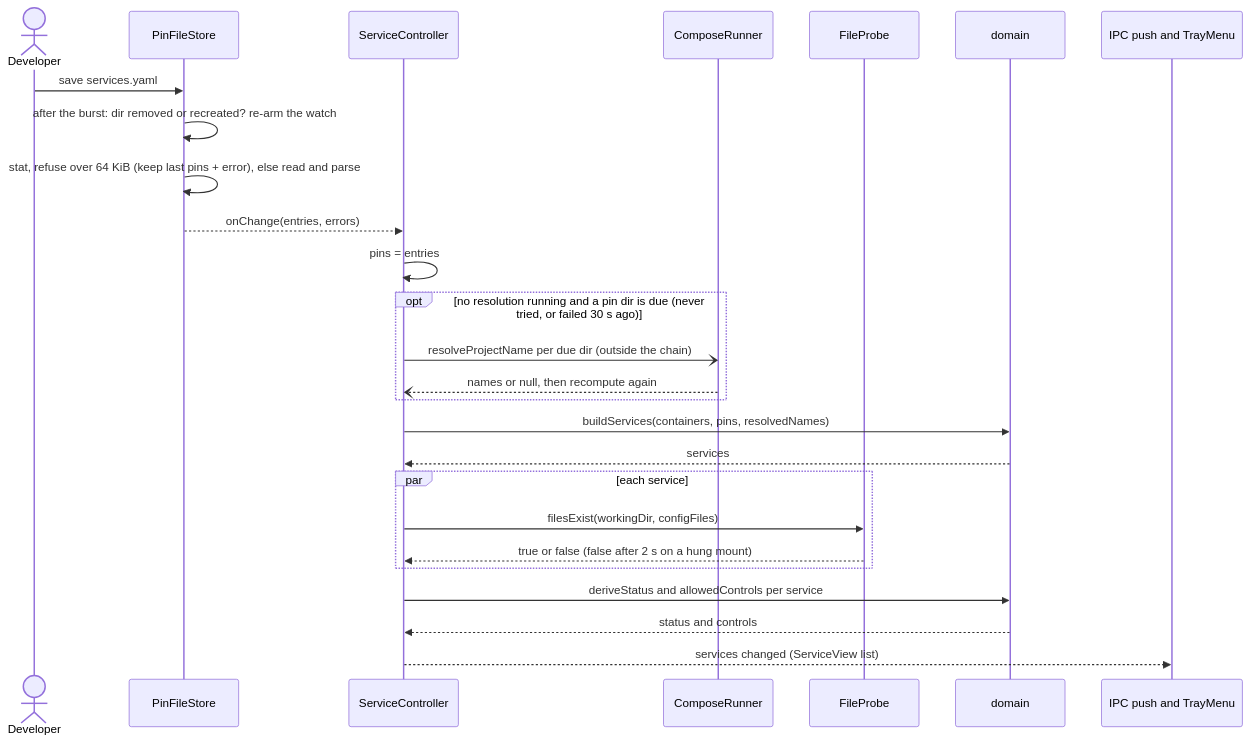
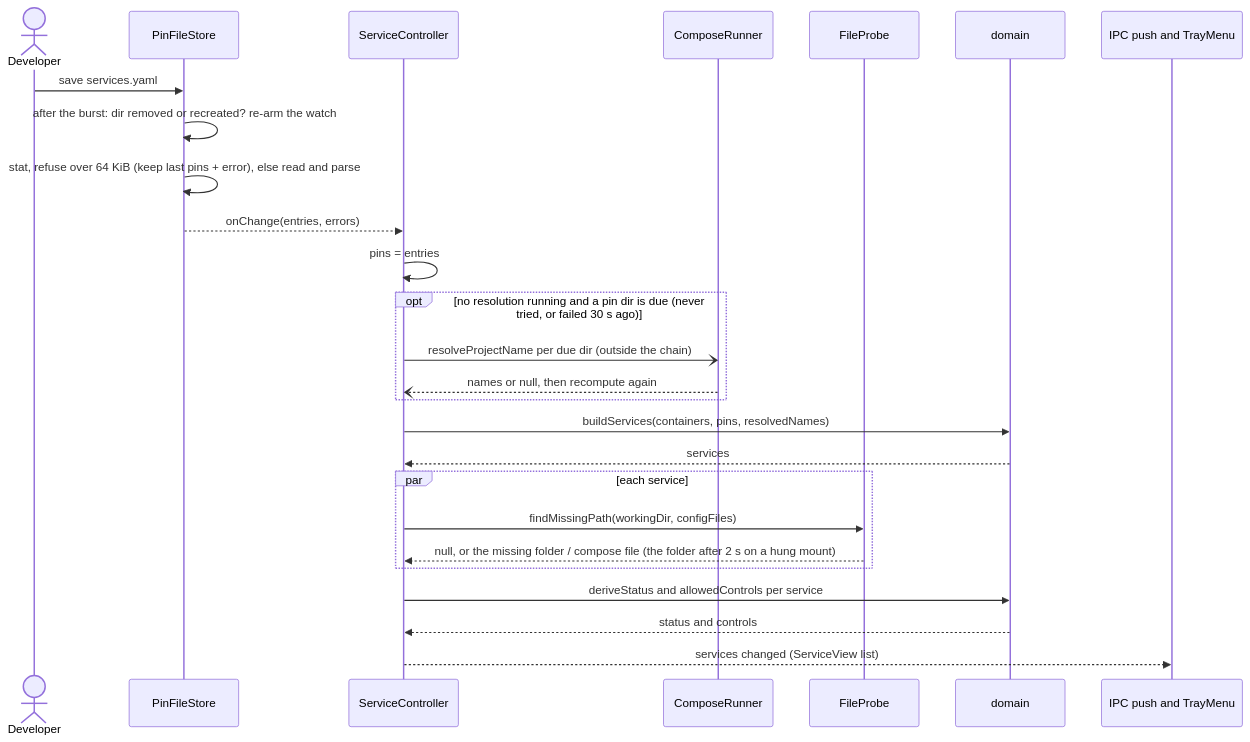
One commit to benoit-bremaud/dock-n-roll changed the diagram in docs/architecture/diagrams/launcher/08-sequence-pin-file-change.md. Above: the diagram before and after it, drawn with Mermaid. The commit also changed 12 other files, not shown here.

First line of the commit message:
fix(adapters): publish once per event burst and name the missing path

````diff
--- a/docs/architecture/diagrams/launcher/08-sequence-pin-file-change.md
+++ b/docs/architecture/diagrams/launcher/08-sequence-pin-file-change.md
@@ -14,29 +14,29 @@
 ```mermaid
 sequenceDiagram
   actor Dev as Developer
   participant PF as PinFileStore
   participant SC as ServiceController
   participant CR as ComposeRunner
   participant FP as FileProbe
   participant D as domain
   participant Out as IPC push and TrayMenu
 
   Dev->>PF: save services.yaml
   PF->>PF: after the burst: dir removed or recreated? re-arm the watch
   PF->>PF: stat, refuse over 64 KiB (keep last pins + error), else read and parse
   PF-->>SC: onChange(entries, errors)
   SC->>SC: pins = entries
   opt no resolution running and a pin dir is due (never tried, or failed 30 s ago)
     SC-)CR: resolveProjectName per due dir (outside the chain)
     CR--)SC: names or null, then recompute again
   end
   SC->>D: buildServices(containers, pins, resolvedNames)
   D-->>SC: services
   par each service
-    SC->>FP: filesExist(workingDir, configFiles)
-    FP-->>SC: true or false (false after 2 s on a hung mount)
+    SC->>FP: findMissingPath(workingDir, configFiles)
+    FP-->>SC: null, or the missing folder / compose file (the folder after 2 s on a hung mount)
   end
   SC->>D: deriveStatus and allowedControls per service
   D-->>SC: status and controls
   SC-->>Out: services changed (ServiceView list)
 ```
````
